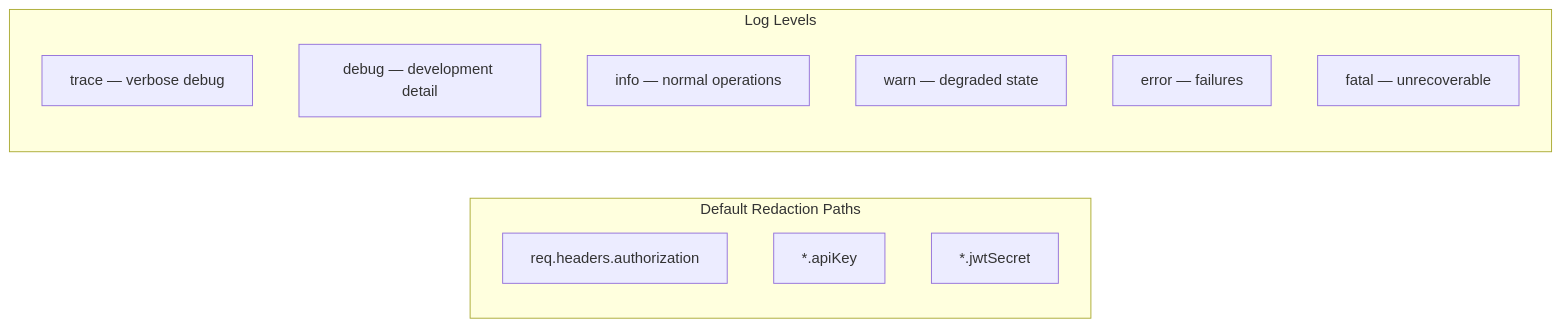
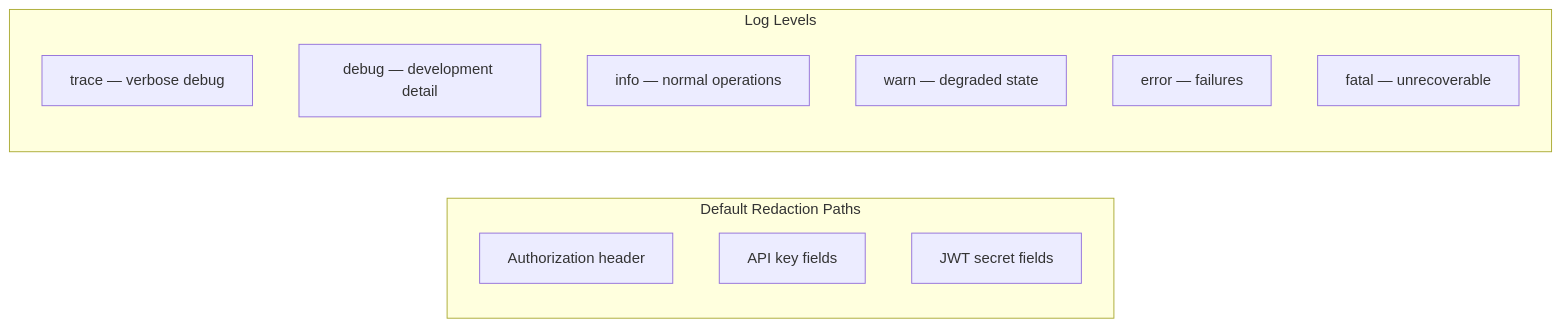
Diagram 13 of 18 in plan/15-infrastructure.md (1qh/safeagent), drawn with Mermaid before and after one commit. The commit also changed 3 other files, not shown here.

Commit message:
fix genuine violations: replace literal SQL in 08-documents Mermaid, clean code-like redaction labels in 15-infrastructure, rename END_TO_END_TESTS to E2E_TESTS in 16-testing and 17-execution

````diff
--- a/plan/15-infrastructure.md
+++ b/plan/15-infrastructure.md
@@ -465,16 +465,16 @@
 ```mermaid
 flowchart LR
     subgraph REDACTION_DEFAULTS["Default Redaction Paths"]
-        REDACT_AUTH_HEADER["req.headers.authorization"]
-        REDACT_API_KEY["*.apiKey"]
-        REDACT_JWT_SECRET["*.jwtSecret"]
+        REDACT_AUTH_HEADER["Authorization header"]
+        REDACT_API_KEY["API key fields"]
+        REDACT_JWT_SECRET["JWT secret fields"]
     end
     subgraph LOG_LEVELS["Log Levels"]
         LOG_TRACE["trace — verbose debug"]
         LOG_DEBUG["debug — development detail"]
         LOG_INFO["info — normal operations"]
         LOG_WARN["warn — degraded state"]
         LOG_ERROR["error — failures"]
         LOG_FATAL["fatal — unrecoverable"]
     end
 ```
````
